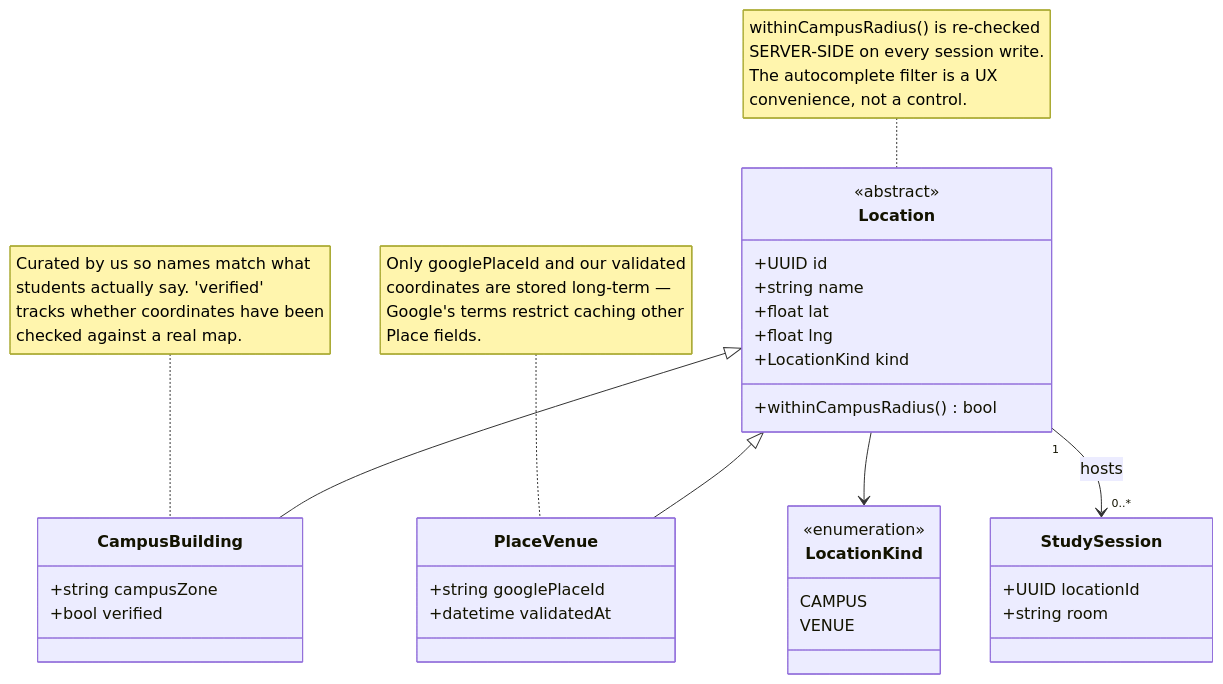
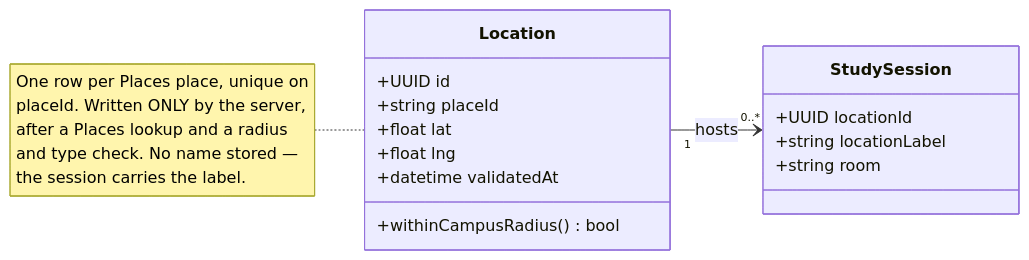
The fourth of 5 diagrams in docs/architecture.md (jhdaws/study-buddy), drawn with Mermaid before and after one commit. The commit also changed other lines of this file and 15 other files, not shown here.

First line of the commit message:
W2 · Schema skeleton and ADR 0008

````diff
--- a/docs/architecture.md
+++ b/docs/architecture.md
@@ -282,44 +307,23 @@
 ```mermaid
 classDiagram
-    direction TB
+    direction LR
 
     class Location {
-        <<abstract>>
         +UUID id
-        +string name
+        +string placeId
         +float lat
         +float lng
-        +LocationKind kind
+        +datetime validatedAt
         +withinCampusRadius() bool
-    }
-
-    class CampusBuilding {
-        +string campusZone
-        +bool verified
-    }
-
-    class PlaceVenue {
-        +string googlePlaceId
-        +datetime validatedAt
-    }
-
-    class LocationKind {
-        <<enumeration>>
-        CAMPUS
-        VENUE
     }
 
     class StudySession {
         +UUID locationId
+        +string locationLabel
         +string room
     }
 
-    Location <|-- CampusBuilding
-    Location <|-- PlaceVenue
-    Location --> LocationKind
     Location "1" --> "0..*" StudySession : hosts
 
-    note for CampusBuilding "Curated by us so names match what<br/>students actually say. 'verified'<br/>tracks whether coordinates have been<br/>checked against a real map."
-    note for PlaceVenue "Only googlePlaceId and our validated<br/>coordinates are stored long-term —<br/>Google's terms restrict caching other<br/>Place fields."
-    note for Location "withinCampusRadius() is re-checked<br/>SERVER-SIDE on every session write.<br/>The autocomplete filter is a UX<br/>convenience, not a control."
+    note for Location "One row per Places place, unique on<br/>placeId. Written ONLY by the server,<br/>after a Places lookup and a radius<br/>and type check. No name stored —<br/>the session carries the label."
 ```
````
